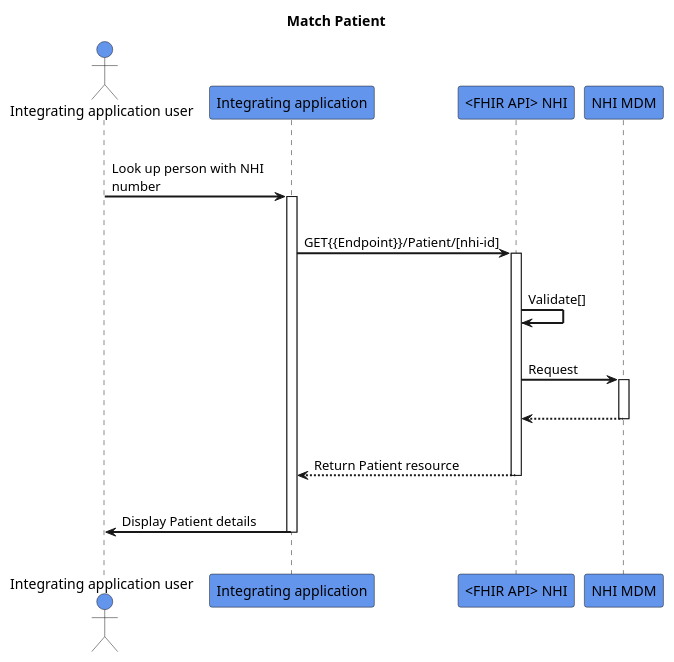
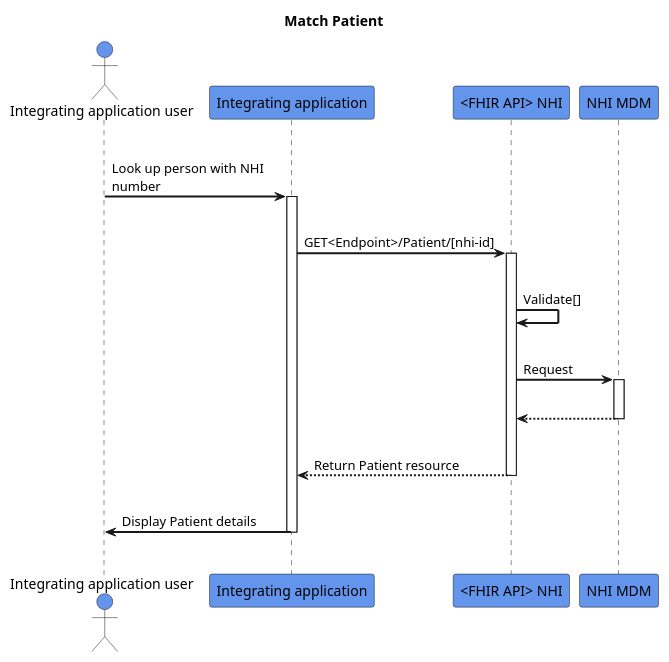
The diagram in input/images-source/get-patient.plantuml (HL7NZ/nhi), drawn with PlantUML before and after one commit.

```diff
--- a/input/images-source/get-patient.plantuml
+++ b/input/images-source/get-patient.plantuml
@@ -1,32 +1,32 @@
 @startuml
 skinparam sequenceArrowThickness 2
 skinparam roundcorner 5
 skinparam maxmessagesize 180
 skinparam sequenceParticipant bold
 title Match Patient
 actor "Integrating application user" as User #CornflowerBlue
 participant "Integrating application" as A #CornflowerBlue
 participant "<FHIR API> NHI" as B #CornflowerBlue
 participant "NHI MDM" as C #CornflowerBlue
 |||
 User -> A: Look up person with NHI number
 activate A
 |||
-A -> B: GET{{Endpoint}}/Patient/[nhi-id]
+A -> B: GET<Endpoint>/Patient/[nhi-id]
 activate B
 |||
 B -> B: Validate[]
 |||
 B -> C: Request
 activate C
 |||
 C -[dashed]-> B:  
 deactivate C
 |||
 B -[dashed]-> A :Return Patient resource
 deactivate B
 |||
 A -> User: Display Patient details
 deactivate A
 |||
 @enduml
```
